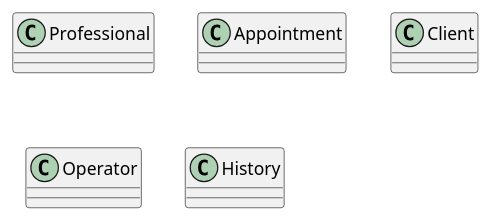
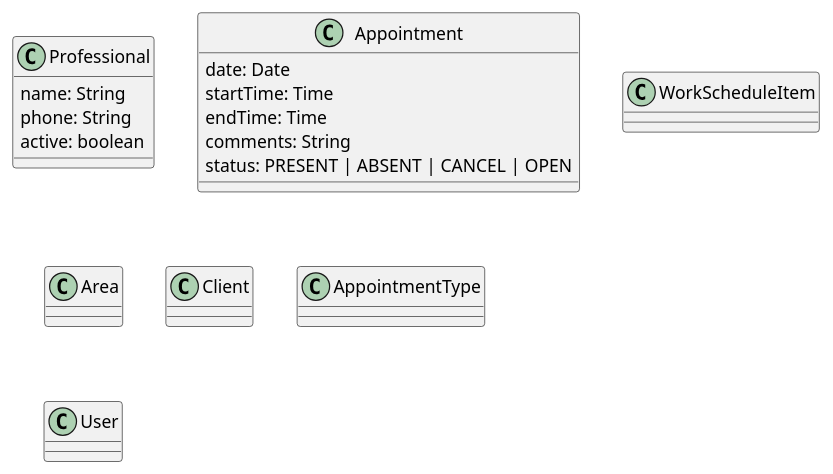
The diagram in docs/model.puml (MichaelDouglasLima/appointment-conception), drawn with PlantUML before and after one commit.

Commit message:
Added Model

```diff
--- a/docs/model.puml
+++ b/docs/model.puml
@@ -1,22 +1,36 @@
 @startuml "Model"
     class Professional {
+        name: String
+        phone: String
+        active: boolean
+    }
+
+    class Appointment {
+        date: Date
+        startTime: Time
+        endTime: Time
+        comments: String
+        status: PRESENT | ABSENT | CANCEL | OPEN
+    }
+
+    class WorkScheduleItem {
 
     }
 
-    class Appointment {
+    class Area {
 
     }
 
     class Client {
 
     }
 
-    class Operator {
+    class AppointmentType {
 
     }
 
-    class History {
-        
+    class User {
+
     }
 
 @enduml
```
